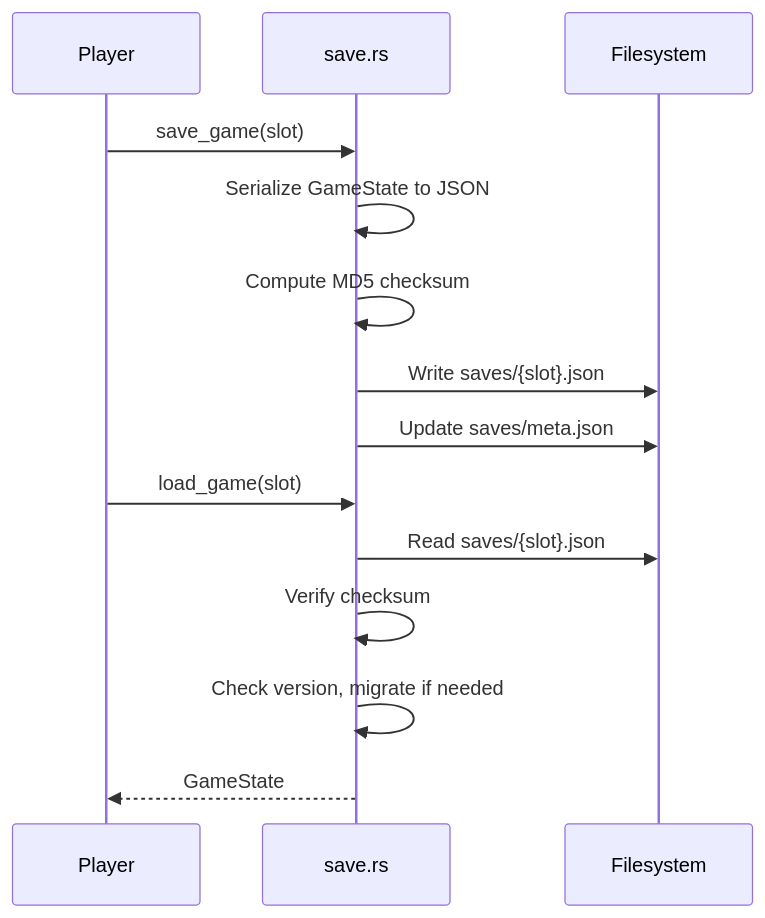
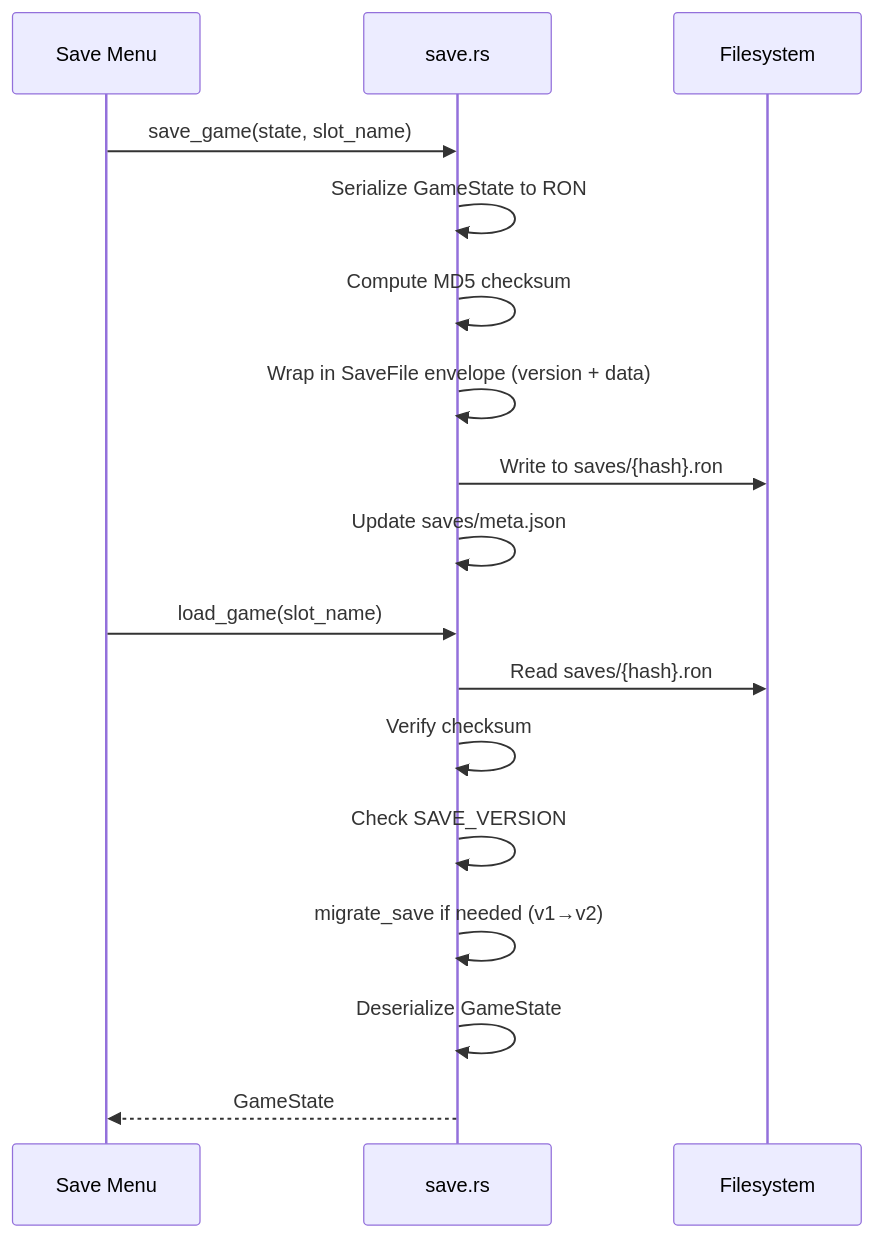
The eighth of 10 diagrams in .agents/summary/workflows.md (EliasVahlberg/saltglass-steppe), drawn with Mermaid before and after one commit. The commit also changed other lines of this file and 30 other files, not shown here.

````diff
--- a/.agents/summary/workflows.md
+++ b/.agents/summary/workflows.md
@@ -164,18 +153,21 @@
 ```mermaid
 sequenceDiagram
-    participant P as Player
-    participant S as save.rs
+    participant UI as Save Menu
+    participant SV as save.rs
     participant FS as Filesystem
 
-    P->>S: save_game(slot)
-    S->>S: Serialize GameState to JSON
-    S->>S: Compute MD5 checksum
-    S->>FS: Write saves/{slot}.json
-    S->>FS: Update saves/meta.json
+    UI->>SV: save_game(state, slot_name)
+    SV->>SV: Serialize GameState to RON
+    SV->>SV: Compute MD5 checksum
+    SV->>SV: Wrap in SaveFile envelope (version + data)
+    SV->>FS: Write to saves/{hash}.ron
+    SV->>SV: Update saves/meta.json
 
-    P->>S: load_game(slot)
-    S->>FS: Read saves/{slot}.json
-    S->>S: Verify checksum
-    S->>S: Check version, migrate if needed
-    S-->>P: GameState
+    UI->>SV: load_game(slot_name)
+    SV->>FS: Read saves/{hash}.ron
+    SV->>SV: Verify checksum
+    SV->>SV: Check SAVE_VERSION
+    SV->>SV: migrate_save if needed (v1→v2)
+    SV->>SV: Deserialize GameState
+    SV-->>UI: GameState
 ```
````
